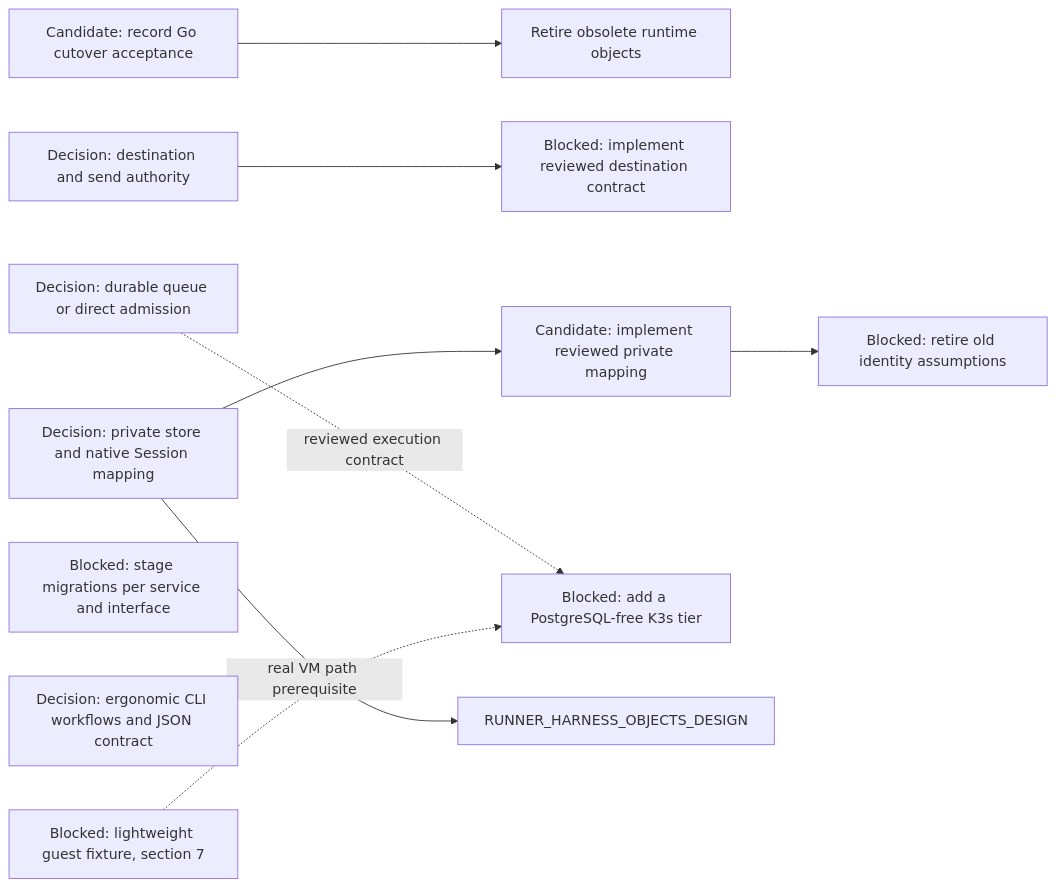
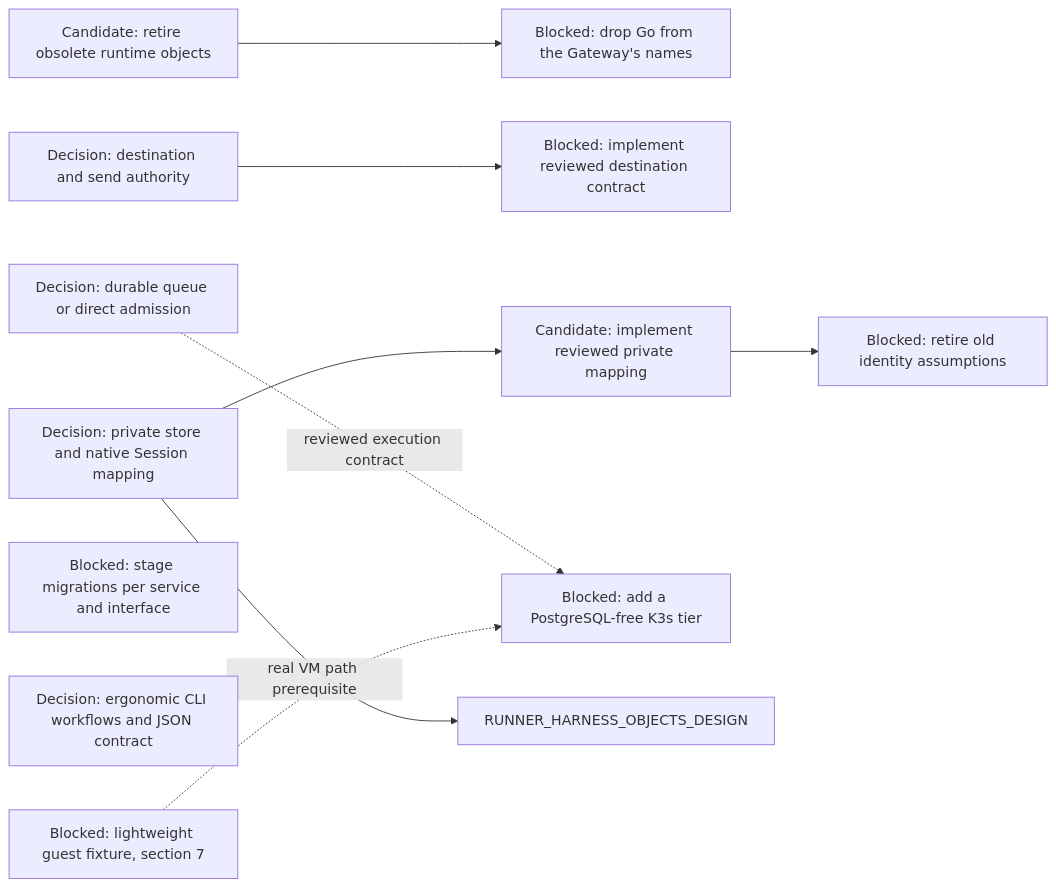
One commit to agentydragon-agent/ducktape changed diagram 16 of 16 in agentplane/plans/task_dag.md. Above: the diagram before and after it, drawn with Mermaid. The commit also changed other lines of this file, not shown here.

First line of the commit message:
docs(agentplane): record the Gateway cutover as accepted and plan dropping "Go" from its names (#10919)

````diff
--- a/agentplane/plans/task_dag.md
+++ b/agentplane/plans/task_dag.md
@@ -1719,22 +1719,22 @@
 ```mermaid
 flowchart LR
     DISPATCHER_PERSISTENCE_MODEL_DESIGN[Decision: durable queue or direct admission]
-    DELIVERY_UNIFIED_CUTOVER[Candidate: record Go cutover acceptance]
-    DELIVERY_OLD_RUNTIME_RETIRE[Retire obsolete runtime objects]
+    DELIVERY_OLD_RUNTIME_RETIRE[Candidate: retire obsolete runtime objects]
+    GATEWAY_RENAME[Blocked: drop Go from the Gateway's names]
     DELIVERY_DESTINATION_AUTHORITY_DESIGN[Decision: destination and send authority]
     DELIVERY_DESTINATION_CONTRACT[Blocked: implement reviewed destination contract]
     HARNESS_IDENTITY_DESIGN[Decision: private store and native Session mapping]
     RUNNER_STORE_SESSION_IDENTITY[Candidate: implement reviewed private mapping]
     RUNNER_IDENTITY_LEGACY_CLEANUP[Blocked: retire old identity assumptions]
     SERVICE_API_TRANSPORT_MIGRATIONS[Blocked: stage migrations per service and interface]
     AGENT_API_TOOLING_DESIGN[Decision: ergonomic CLI workflows and JSON contract]
     CNPG_FREE_K3S_INTEGRATION_TIER[Blocked: add a PostgreSQL-free K3s tier]
     K3S_VM_IMAGE[Blocked: lightweight guest fixture, section 7]
-    DELIVERY_UNIFIED_CUTOVER --> DELIVERY_OLD_RUNTIME_RETIRE
+    DELIVERY_OLD_RUNTIME_RETIRE --> GATEWAY_RENAME
     DELIVERY_DESTINATION_AUTHORITY_DESIGN --> DELIVERY_DESTINATION_CONTRACT
     RUNNER_STORE_SESSION_IDENTITY --> RUNNER_IDENTITY_LEGACY_CLEANUP
     HARNESS_IDENTITY_DESIGN --> RUNNER_STORE_SESSION_IDENTITY
     HARNESS_IDENTITY_DESIGN --> RUNNER_HARNESS_OBJECTS_DESIGN
     DISPATCHER_PERSISTENCE_MODEL_DESIGN -. reviewed execution contract .-> CNPG_FREE_K3S_INTEGRATION_TIER
     K3S_VM_IMAGE -. real VM path prerequisite .-> CNPG_FREE_K3S_INTEGRATION_TIER
 ```
````
